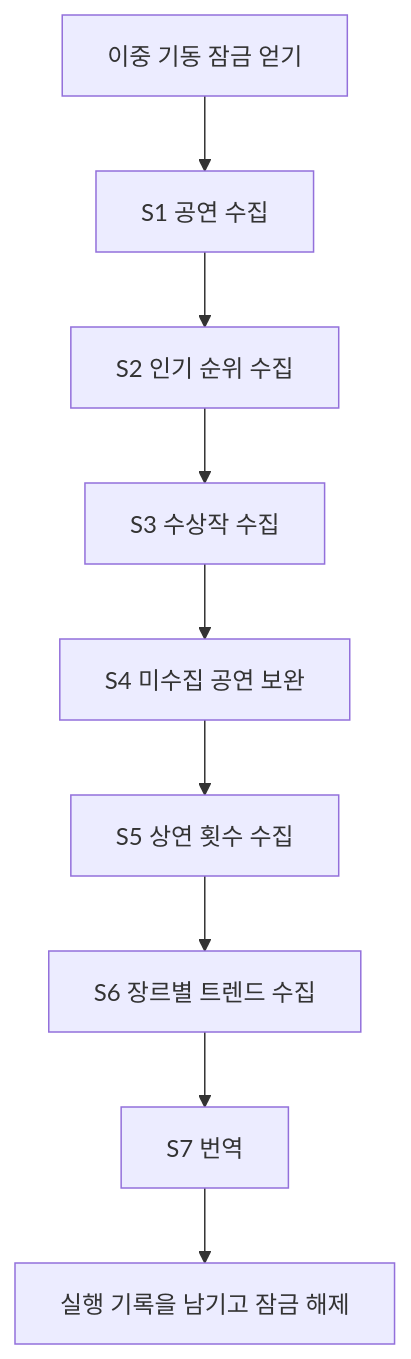
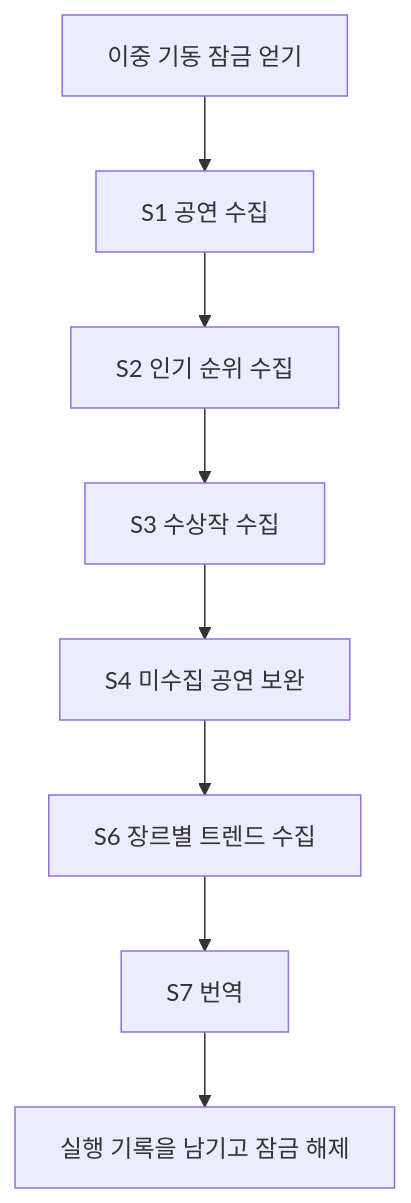
The second of 2 diagrams in docs/design/05-batch.md (YoonByungjin/catticket), drawn with Mermaid before and after one commit. The commit also changed other lines of this file and 5 other files, not shown here.

````diff
--- a/docs/design/05-batch.md
+++ b/docs/design/05-batch.md
@@ -423,11 +414,10 @@
 ```mermaid
 flowchart TD
   L["이중 기동 잠금 얻기"] --> S1["S1 공연 수집"]
   S1 --> S2["S2 인기 순위 수집"]
   S2 --> S3["S3 수상작 수집"]
   S3 --> S4["S4 미수집 공연 보완"]
-  S4 --> S5["S5 상연 횟수 수집"]
-  S5 --> S6["S6 장르별 트렌드 수집"]
+  S4 --> S6["S6 장르별 트렌드 수집"]
   S6 --> S7["S7 번역"]
   S7 --> R["실행 기록을 남기고 잠금 해제"]
 ```
````
